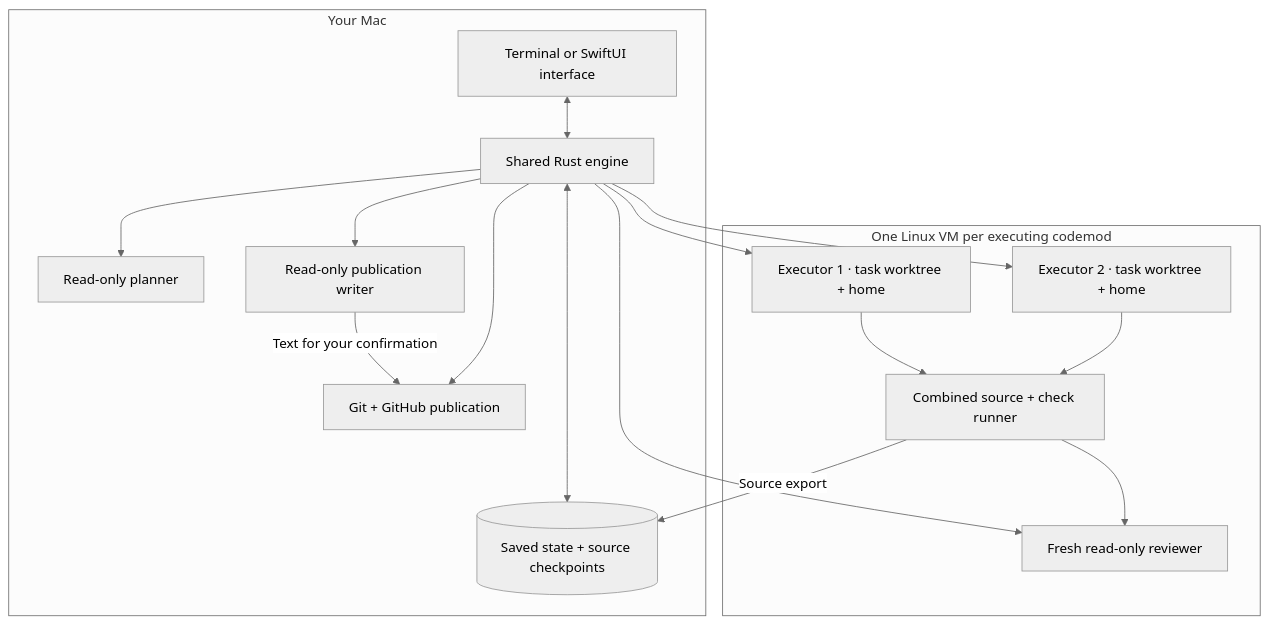
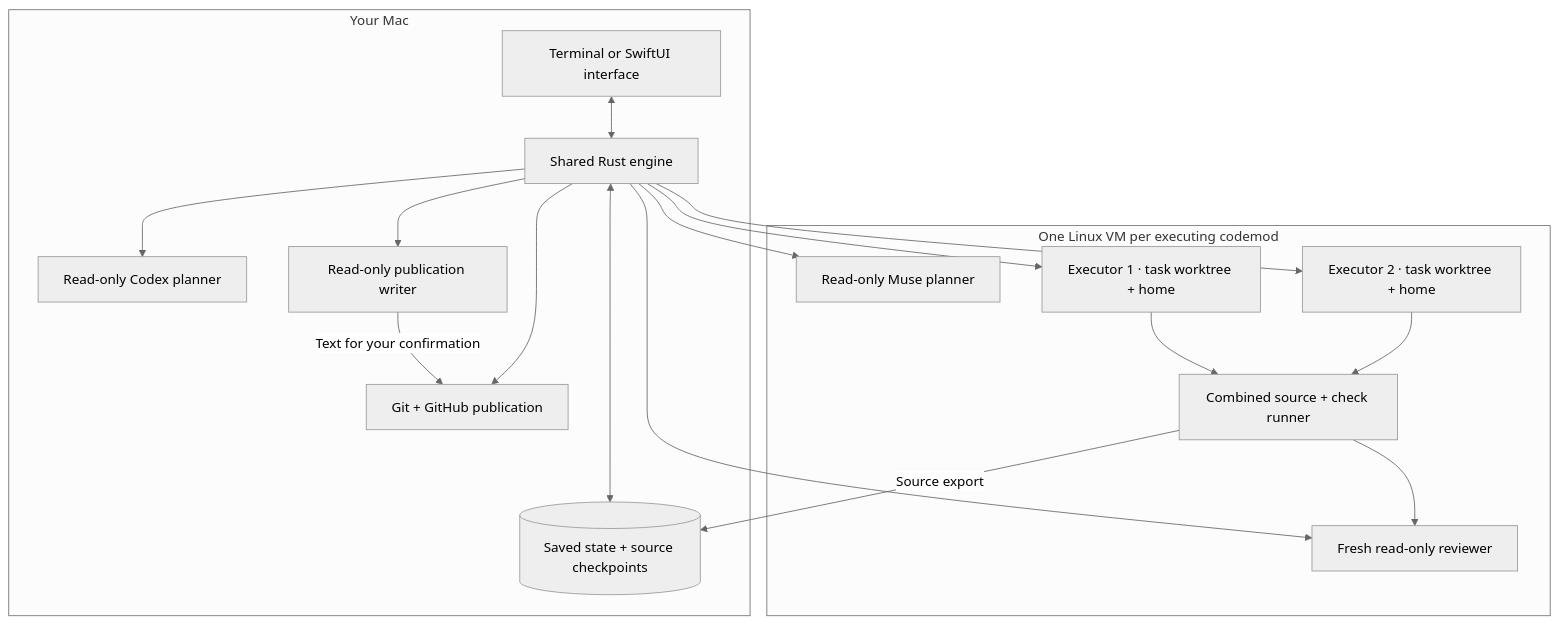
One commit to minimumeffort-dev/sprowt.harness changed the first of 2 diagrams in docs/architecture.md. Above: the diagram before and after it, drawn with Mermaid (neutral theme). The commit also changed other lines of this file and 57 other files, not shown here.

````diff
--- a/docs/architecture.md
+++ b/docs/architecture.md
@@ -9,30 +9,32 @@
 ```mermaid
 flowchart TB
     subgraph host["Your Mac"]
         ui["Terminal or SwiftUI interface"]
         controller["Shared Rust engine"]
         state[("Saved state + source checkpoints")]
-        planner["Read-only planner"]
+        planner["Read-only Codex planner"]
         writer["Read-only publication writer"]
         git["Git + GitHub publication"]
         ui <--> controller
         controller <--> state
         controller --> planner
         controller --> writer
         writer -->|"Text for your confirmation"| git
         controller --> git
     end
     subgraph guest["One Linux VM per executing codemod"]
+        musePlanner["Read-only Muse planner"]
         first["Executor 1 · task worktree + home"]
         second["Executor 2 · task worktree + home"]
         combined["Combined source + check runner"]
         reviewer["Fresh read-only reviewer"]
         first --> combined
         second --> combined
         combined --> reviewer
     end
+    controller --> musePlanner
     controller --> first
     controller --> second
     controller --> reviewer
     combined -->|"Source export"| state
 ```
````
